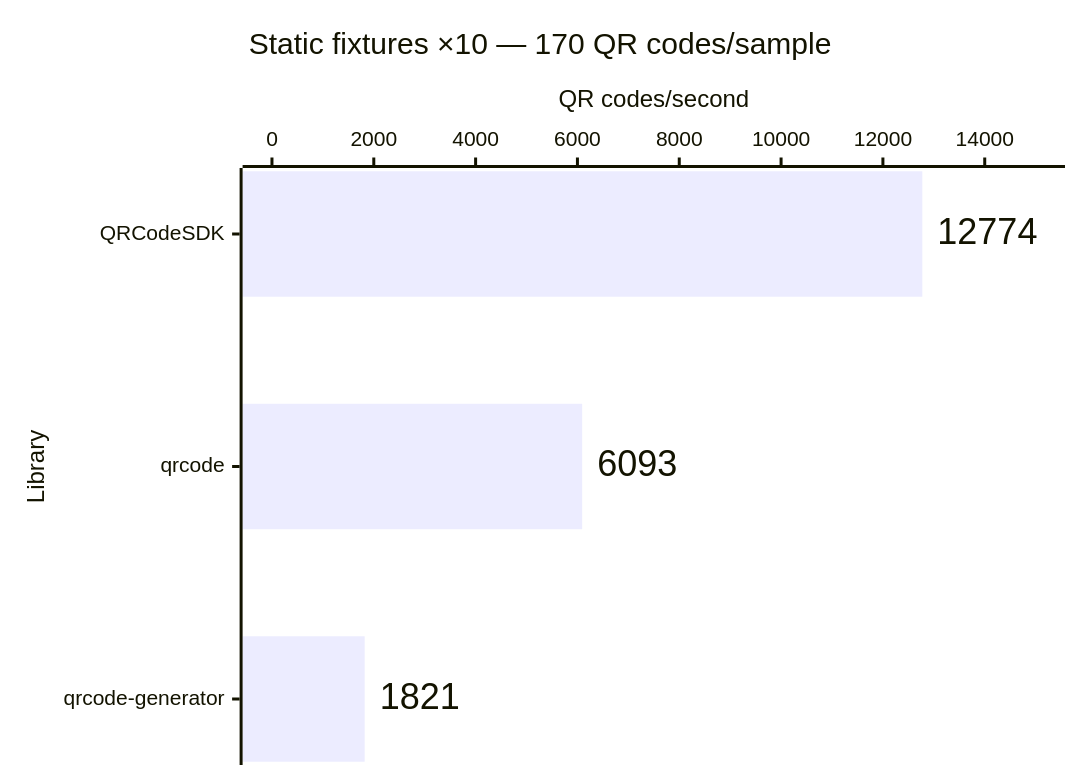
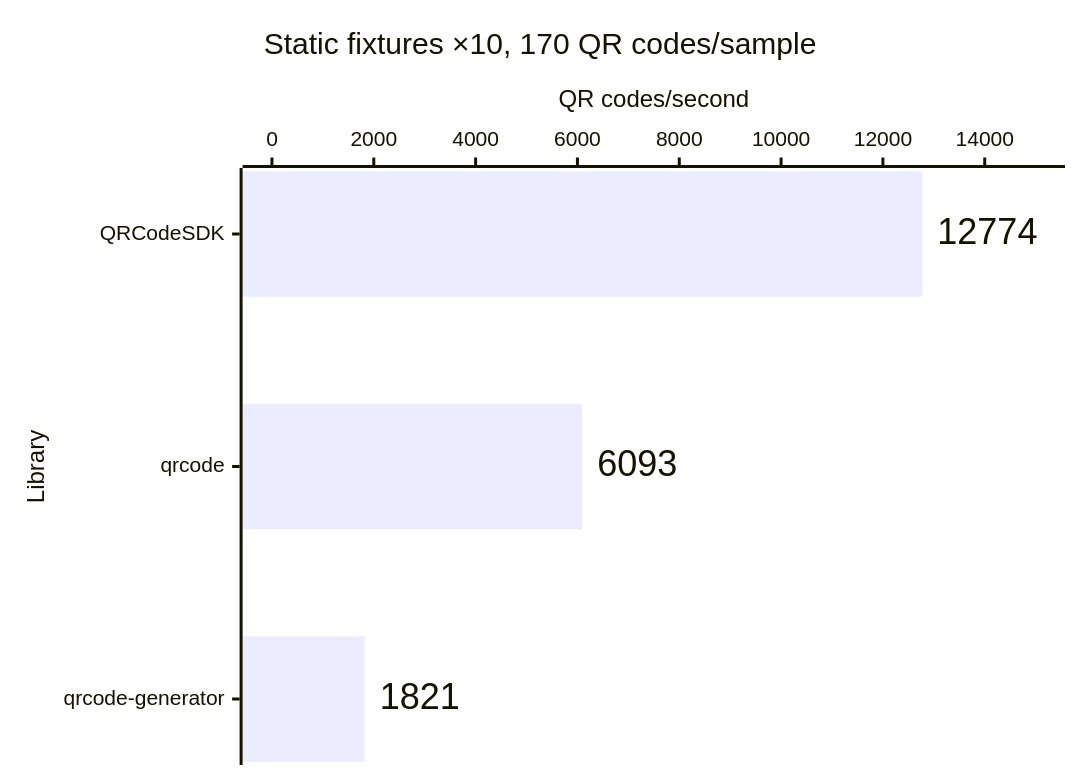
Before and after one commit to Dafnik/qrcodesdk: the second of 14 diagrams in apps/docs/src/content/docs/learn/performance.md, drawn with Mermaid. The commit also changed other lines of this file and 86 other files, not shown here.

````diff
--- a/apps/docs/src/content/docs/learn/performance.md
+++ b/apps/docs/src/content/docs/learn/performance.md
@@ -45,15 +45,15 @@
 ```mermaid
 ---
 config:
   xyChart:
     showDataLabel: true
     showDataLabelOutsideBar: true
 ---
 xychart horizontal
-  accTitle: Matrix generation: Static fixtures ×10 — 170 QR codes/sample
+  accTitle: Matrix generation, Static fixtures ×10, 170 QR codes/sample
   accDescr: Throughput calculated from median time. QRCodeSDK 12,774 QR codes per second, qrcode 6,093 QR codes per second, qrcode-generator 1,821 QR codes per second. Higher is better.
-  title "Static fixtures ×10 — 170 QR codes/sample"
+  title "Static fixtures ×10, 170 QR codes/sample"
   x-axis "Library" ["QRCodeSDK", "qrcode", "qrcode-generator"]
   y-axis "QR codes/second" 0 --> 15000
   bar [12774, 6093, 1821]
 ```
````
